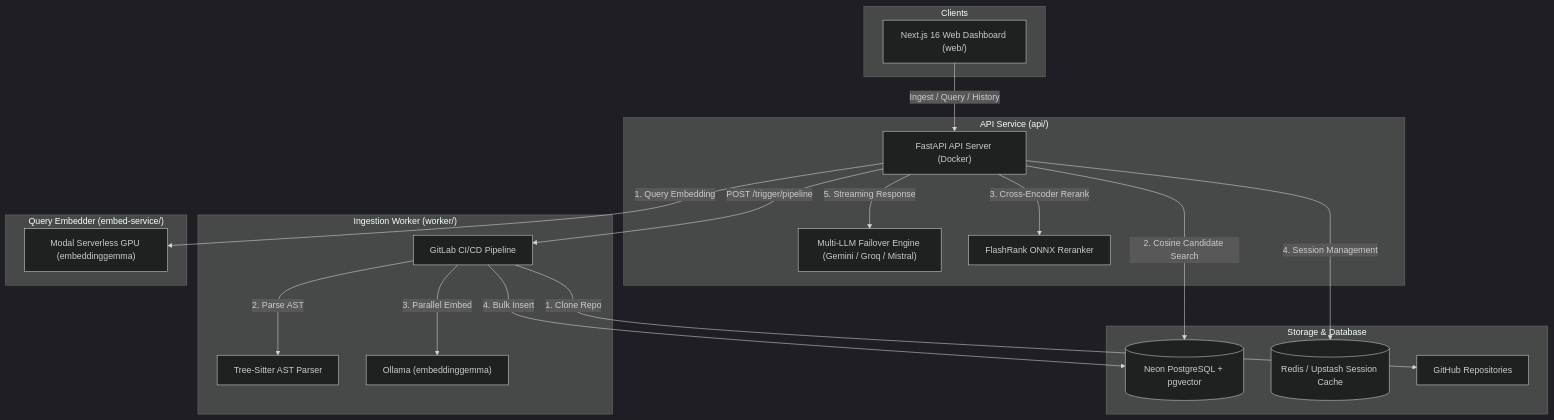
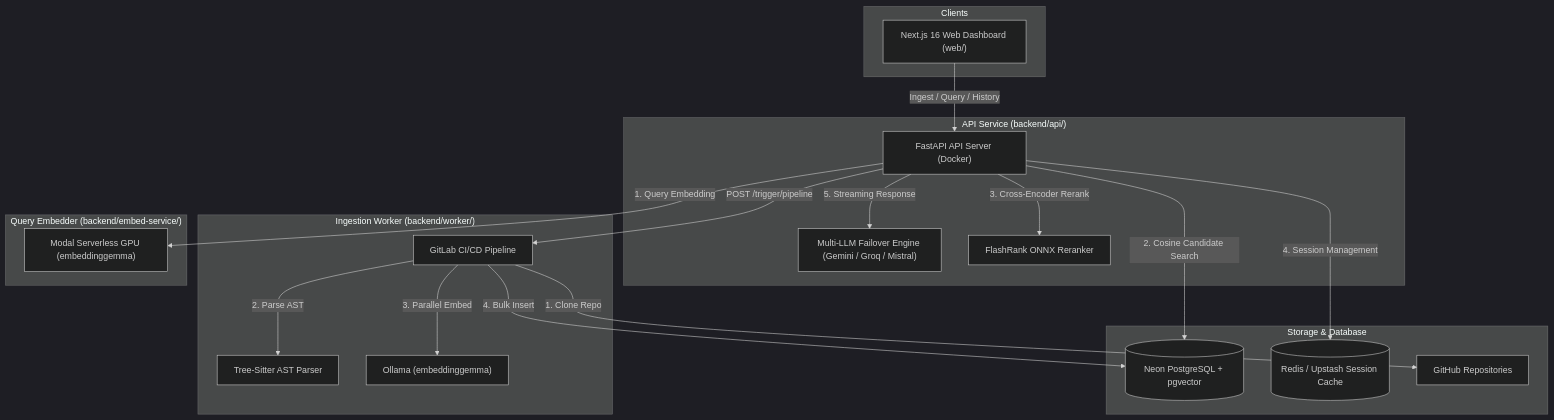
The diagram in README.md (ayussh-2/AskRepo), drawn with Mermaid (dark theme) before and after one commit. The commit also changed other lines of this file and 13 other files, not shown here.

````diff
--- a/README.md
+++ b/README.md
@@ -91,41 +91,41 @@
 ```mermaid
 graph TD
     subgraph Clients ["Clients"]
         Web["Next.js 16 Web Dashboard (web/)"]
     end
 
-    subgraph Backend ["API Service (api/)"]
+    subgraph Backend ["API Service (backend/api/)"]
         API["FastAPI API Server (Docker)"]
         LLMEngine["Multi-LLM Failover Engine (Gemini / Groq / Mistral)"]
         Reranker["FlashRank ONNX Reranker"]
     end
 
-    subgraph Ingestion ["Ingestion Worker (worker/)"]
+    subgraph Ingestion ["Ingestion Worker (backend/worker/)"]
         GitLabRunner["GitLab CI/CD Pipeline"]
         TreeSitter["Tree-Sitter AST Parser"]
         WorkerEmbed["Ollama (embeddinggemma)"]
     end
 
-    subgraph EmbedService ["Query Embedder (embed-service/)"]
+    subgraph EmbedService ["Query Embedder (backend/embed-service/)"]
         ModalEndpoint["Modal Serverless GPU (embeddinggemma)"]
     end
 
     subgraph Storage ["Storage & Database"]
         Postgres[("Neon PostgreSQL + pgvector")]
         Redis[("Redis / Upstash Session Cache")]
         GitRepo["GitHub Repositories"]
     end
 
     Web -->|Ingest / Query / History| API
     API -->|POST /trigger/pipeline| GitLabRunner
     GitLabRunner -->|1. Clone Repo| GitRepo
     GitLabRunner -->|2. Parse AST| TreeSitter
     GitLabRunner -->|3. Parallel Embed| WorkerEmbed
     GitLabRunner -->|4. Bulk Insert| Postgres
 
     API -->|1. Query Embedding| ModalEndpoint
     API -->|2. Cosine Candidate Search| Postgres
     API -->|3. Cross-Encoder Rerank| Reranker
     API -->|4. Session Management| Redis
     API -->|5. Streaming Response| LLMEngine
 ```
````
